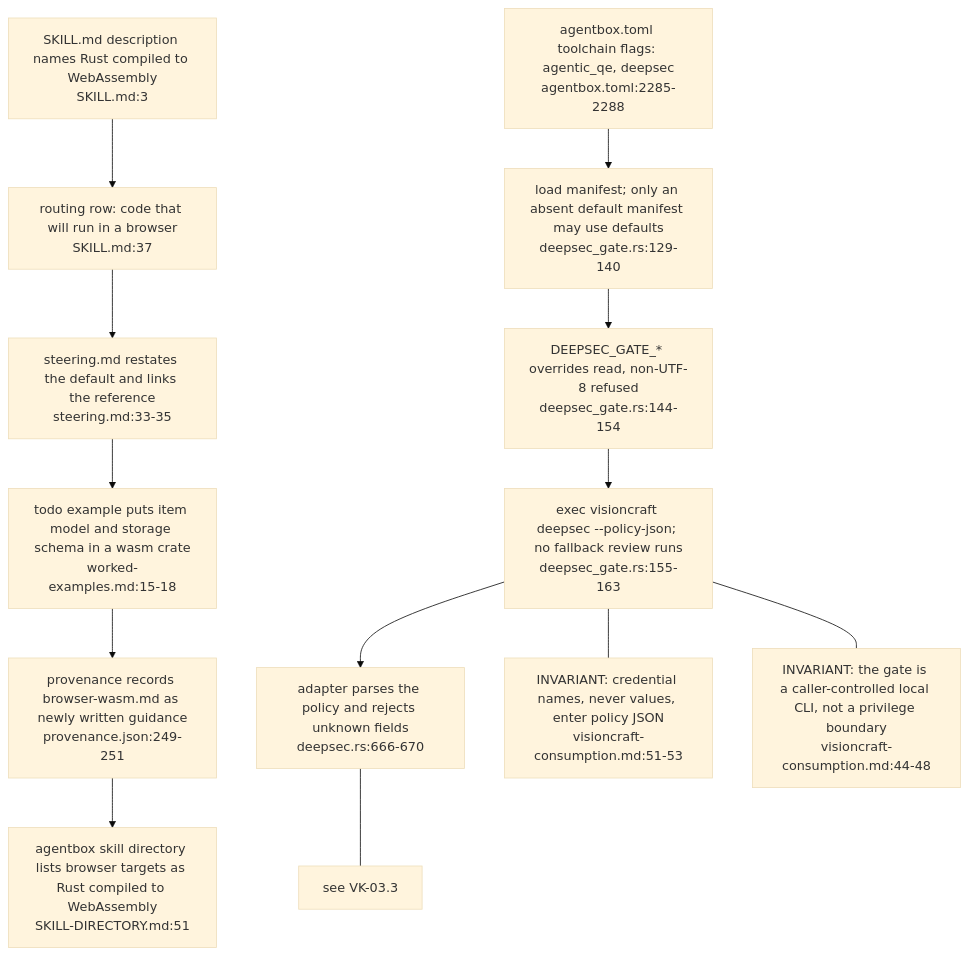
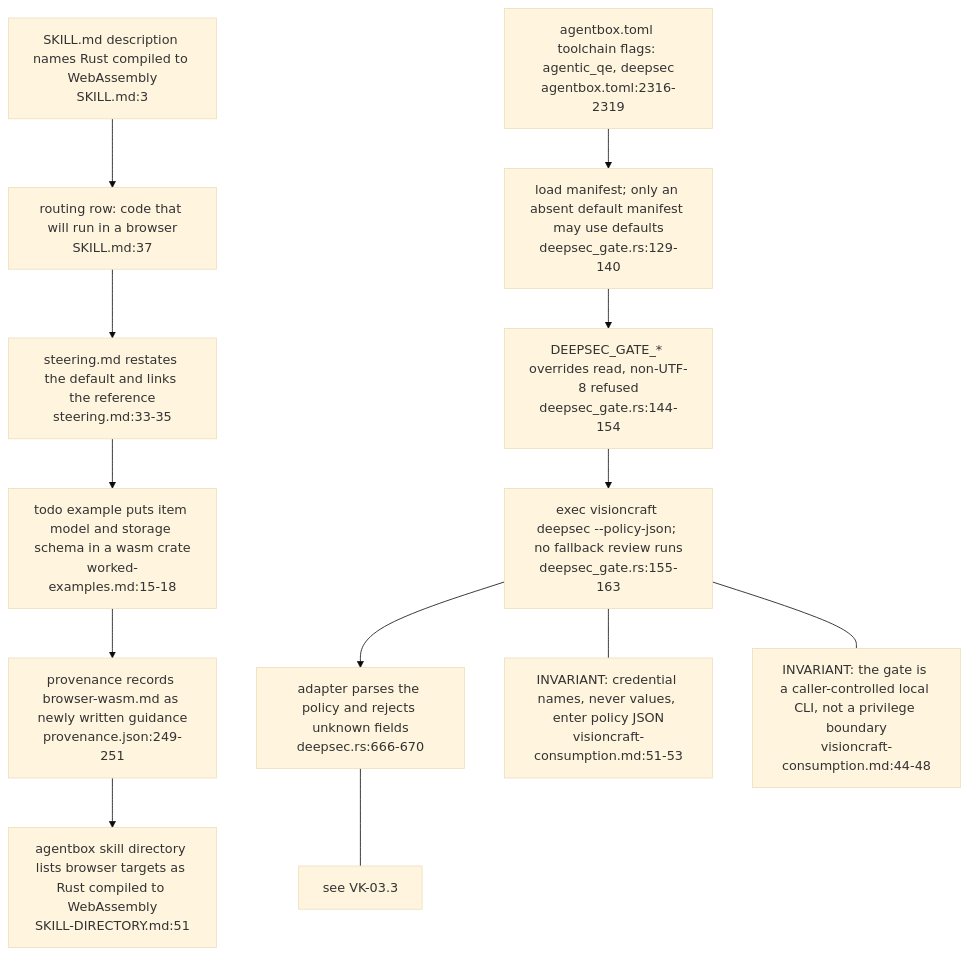
Before and after one commit to DreamLab-AI/VisionFlow: the fifth of 5 diagrams in docs/diagrams/visioncraft/05-browser-wasm-default-and-agentbox-consumption.md, drawn with Mermaid (base theme). The commit also changed other lines of this file and 9 other files, not shown here.

````diff
--- a/docs/diagrams/visioncraft/05-browser-wasm-default-and-agentbox-consumption.md
+++ b/docs/diagrams/visioncraft/05-browser-wasm-default-and-agentbox-consumption.md
@@ -159,26 +159,26 @@
 ```mermaid
 flowchart TB
     SKD["SKILL.md description names Rust compiled to WebAssembly<br/>SKILL.md:3"]
     ROW["routing row: code that will run in a browser<br/>SKILL.md:37"]
     STE["steering.md restates the default and links the reference<br/>steering.md:33-35"]
     WEX["todo example puts item model and storage schema in a wasm crate<br/>worked-examples.md:15-18"]
     PRV["provenance records browser-wasm.md as newly written guidance<br/>provenance.json:249-251"]
     DIR["agentbox skill directory lists browser targets as Rust compiled to WebAssembly<br/>SKILL-DIRECTORY.md:51"]
-    TOML["agentbox.toml toolchain flags: agentic_qe, deepsec<br/>agentbox.toml:2285-2288"]
+    TOML["agentbox.toml toolchain flags: agentic_qe, deepsec<br/>agentbox.toml:2316-2319"]
     MAN["load manifest; only an absent default manifest may use defaults<br/>deepsec_gate.rs:129-140"]
     ENV["DEEPSEC_GATE_* overrides read, non-UTF-8 refused<br/>deepsec_gate.rs:144-154"]
     EXE["exec visioncraft deepsec --policy-json; no fallback review runs<br/>deepsec_gate.rs:155-163"]
     POL["adapter parses the policy and rejects unknown fields<br/>deepsec.rs:666-670"]
     SKD --> ROW
     ROW --> STE
     STE --> WEX
     WEX --> PRV
     PRV --> DIR
     TOML --> MAN --> ENV --> EXE --> POL
     N1["INVARIANT: credential names, never values, enter policy JSON<br/>visioncraft-consumption.md:51-53"]
     N2["INVARIANT: the gate is a caller-controlled local CLI, not a privilege boundary<br/>visioncraft-consumption.md:44-48"]
     N3["see VK-03.3"]
     EXE --- N1
     EXE --- N2
     POL --- N3
 ```
````
